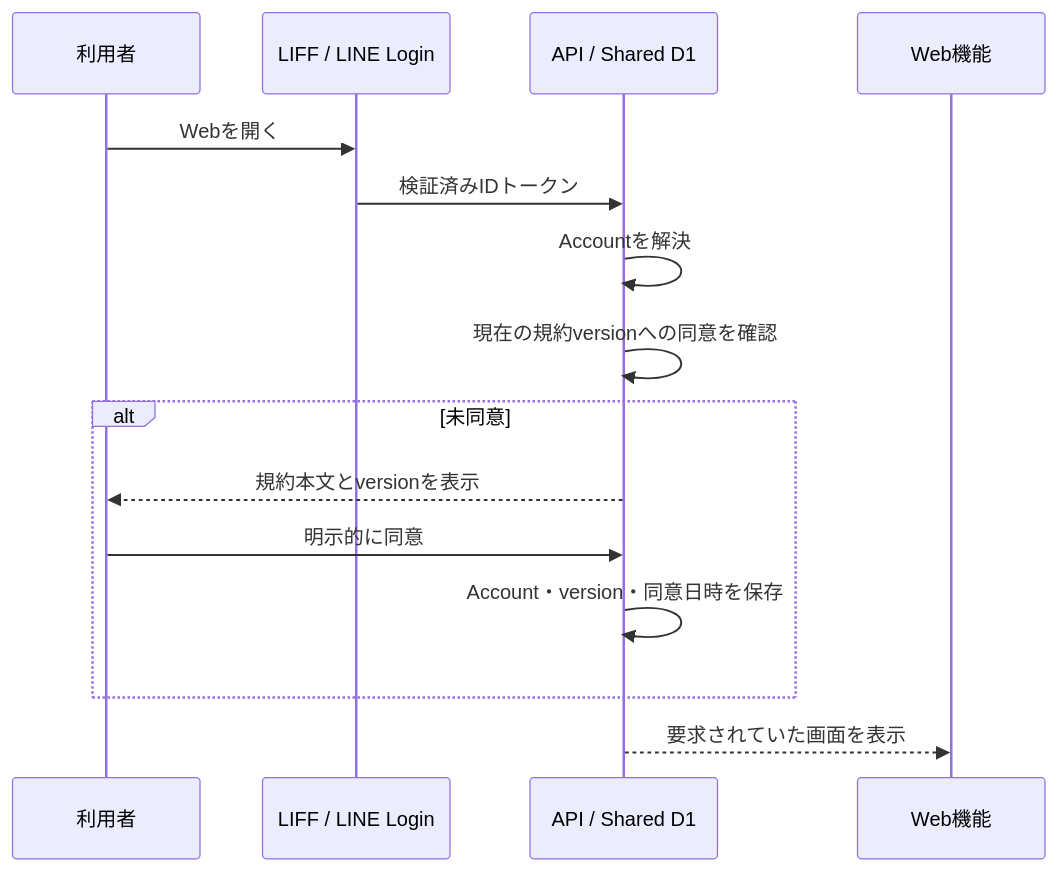
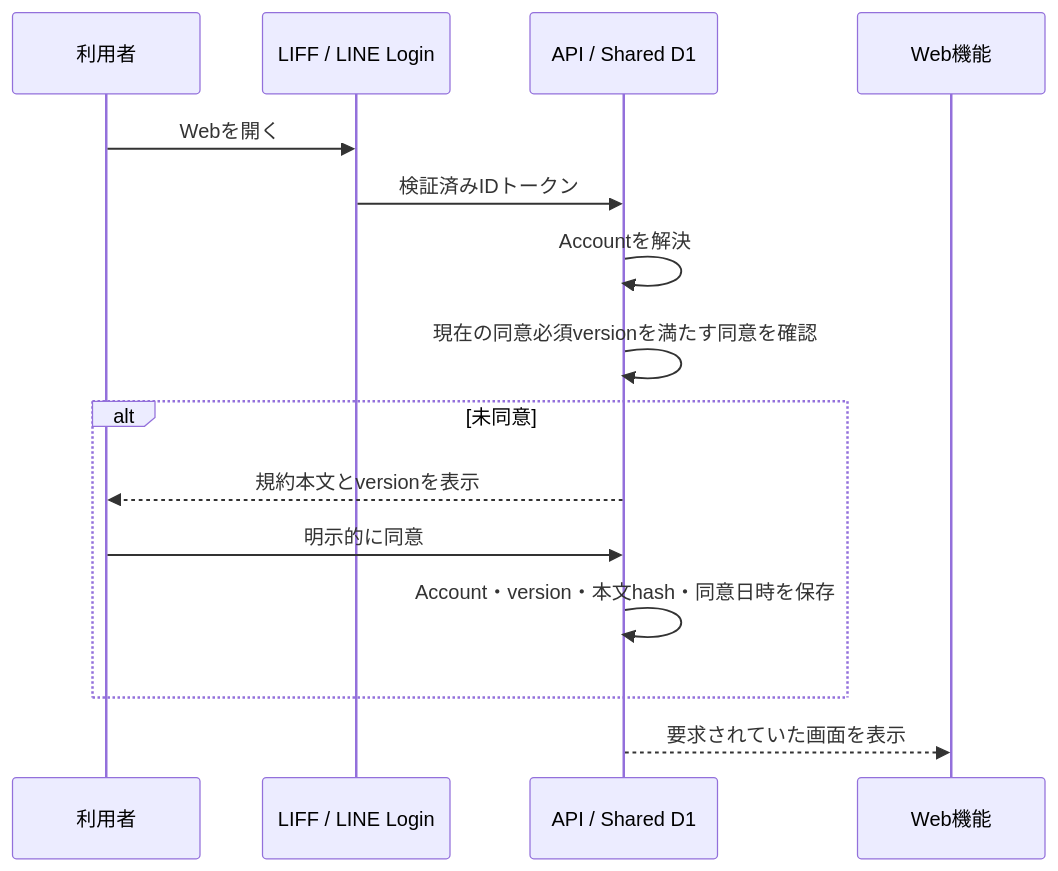
One commit to kkyosuke/me-builder changed the first of 3 diagrams in docs/product/service-terms-consent-experience.md. Above: the diagram before and after it, drawn with Mermaid. The commit also changed other lines of this file and 37 other files, not shown here.

````diff
--- a/docs/product/service-terms-consent-experience.md
+++ b/docs/product/service-terms-consent-experience.md
@@ -18,18 +18,18 @@
 ```mermaid
 sequenceDiagram
     participant U as 利用者
     participant L as LIFF / LINE Login
     participant A as API / Shared D1
     participant W as Web機能
 
     U->>L: Webを開く
     L->>A: 検証済みIDトークン
     A->>A: Accountを解決
-    A->>A: 現在の規約versionへの同意を確認
+    A->>A: 現在の同意必須versionを満たす同意を確認
     alt 未同意
         A-->>U: 規約本文とversionを表示
         U->>A: 明示的に同意
-        A->>A: Account・version・同意日時を保存
+        A->>A: Account・version・本文hash・同意日時を保存
     end
     A-->>W: 要求されていた画面を表示
 ```
````
